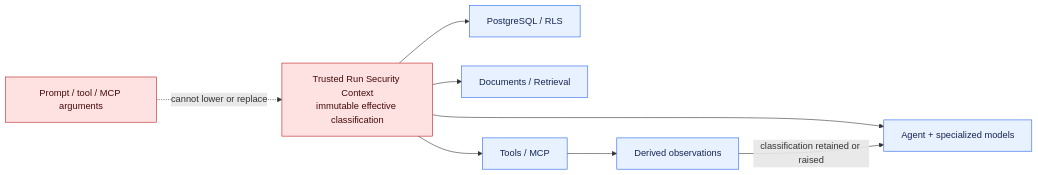
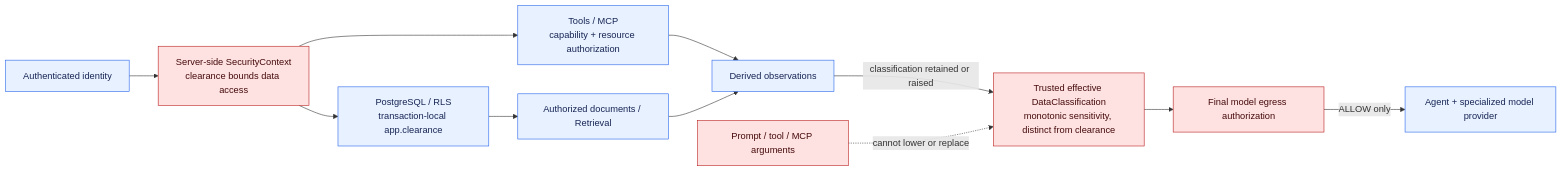
One commit to aboerzel/industrial-ai-agent changed diagram 18 of 22 in docs/architecture/overview.md. Above: the diagram before and after it, drawn with Mermaid. The commit also changed other lines of this file and 24 other files, not shown here.

First line of the commit message:
docs(architecture): reconcile current contracts and implementation

````diff
--- a/docs/architecture/overview.md
+++ b/docs/architecture/overview.md
@@ -1270,15 +1319,18 @@
 ```mermaid
 flowchart LR
-    Trusted["Trusted Run Security Context<br/>immutable effective classification"] --> DB["PostgreSQL / RLS"]
-    Trusted --> Docs["Documents / Retrieval"]
-    Trusted --> Tools["Tools / MCP"]
-    Trusted --> Models["Agent + specialized models"]
+    Identity["Authenticated identity"] --> Subject["Server-side SecurityContext<br/>clearance bounds data access"]
+    Subject --> DB["PostgreSQL / RLS<br/>transaction-local app.clearance"]
+    DB --> Docs["Authorized documents / Retrieval"]
+    Subject --> Tools["Tools / MCP<br/>capability + resource authorization"]
+    Trusted["Trusted effective DataClassification<br/>monotonic sensitivity, distinct from clearance"] --> Egress["Final model egress authorization"]
     Tools --> Derived["Derived observations"]
-    Derived -->|"classification retained or raised"| Models
+    Docs --> Derived
+    Derived -->|"classification retained or raised"| Trusted
+    Egress -->|"ALLOW only"| Models["Agent + specialized model provider"]
     Untrusted["Prompt / tool / MCP arguments"] -.->|"cannot lower or replace"| Trusted
 
     classDef trusted fill:#fee2e2,stroke:#b91c1c,color:#450a0a
     classDef boundary fill:#e8f1ff,stroke:#2563eb,color:#172554
-    class Trusted,Untrusted trusted
-    class DB,Docs,Tools,Models,Derived boundary
+    class Trusted,Untrusted,Subject,Egress trusted
+    class Identity,DB,Docs,Tools,Models,Derived boundary
 ```
````
